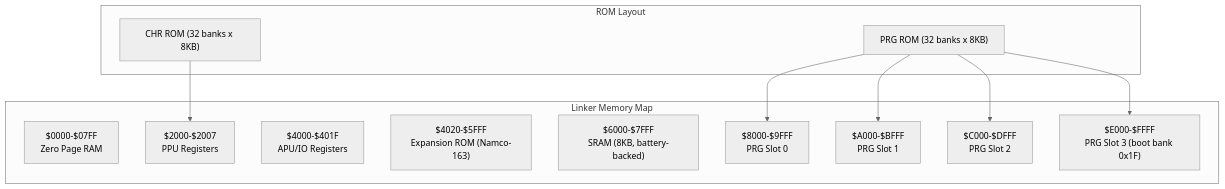
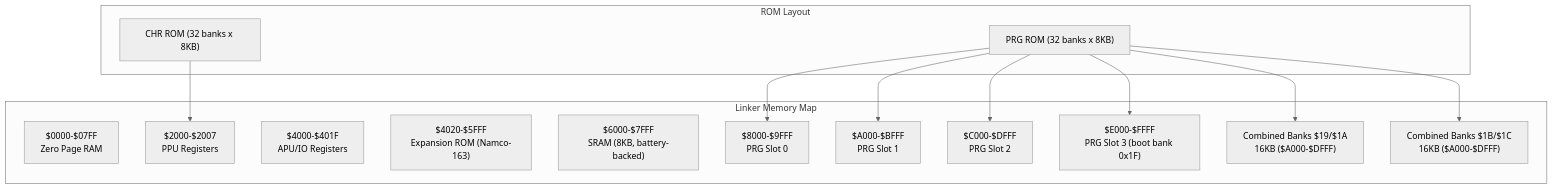
Before and after one commit to rabbyzero/sango2dasm: the first of 5 diagrams in .qoder/repowiki/en/content/Project Overview/Memory Map and Hardware.md, drawn with Mermaid (neutral theme). The commit also changed other lines of this file and 7 other files, not shown here.

````diff
--- a/.qoder/repowiki/en/content/Project Overview/Memory Map and Hardware.md
+++ b/.qoder/repowiki/en/content/Project Overview/Memory Map and Hardware.md
@@ -43,23 +44,27 @@
 ```mermaid
 graph TB
 subgraph "ROM Layout"
 PRG["PRG ROM (32 banks x 8KB)"]
 CHR["CHR ROM (32 banks x 8KB)"]
 end
 subgraph "Linker Memory Map"
 ZP["$0000-$07FF<br/>Zero Page RAM"]
 PPU["$2000-$2007<br/>PPU Registers"]
 APU["$4000-$401F<br/>APU/IO Registers"]
 EXP["$4020-$5FFF<br/>Expansion ROM (Namco-163)"]
 SRAM["$6000-$7FFF<br/>SRAM (8KB, battery-backed)"]
 SLOT0["$8000-$9FFF<br/>PRG Slot 0"]
 SLOT1["$A000-$BFFF<br/>PRG Slot 1"]
 SLOT2["$C000-$DFFF<br/>PRG Slot 2"]
 SLOT3["$E000-$FFFF<br/>PRG Slot 3 (boot bank 0x1F)"]
+COMBINED19["Combined Banks $19/$1A<br/>16KB ($A000-$DFFF)"]
+COMBINED1B["Combined Banks $1B/$1C<br/>16KB ($A000-$DFFF)"]
 end
 PRG --> SLOT0
 PRG --> SLOT1
 PRG --> SLOT2
 PRG --> SLOT3
+PRG --> COMBINED19
+PRG --> COMBINED1B
 CHR --> PPU
 ```
````
